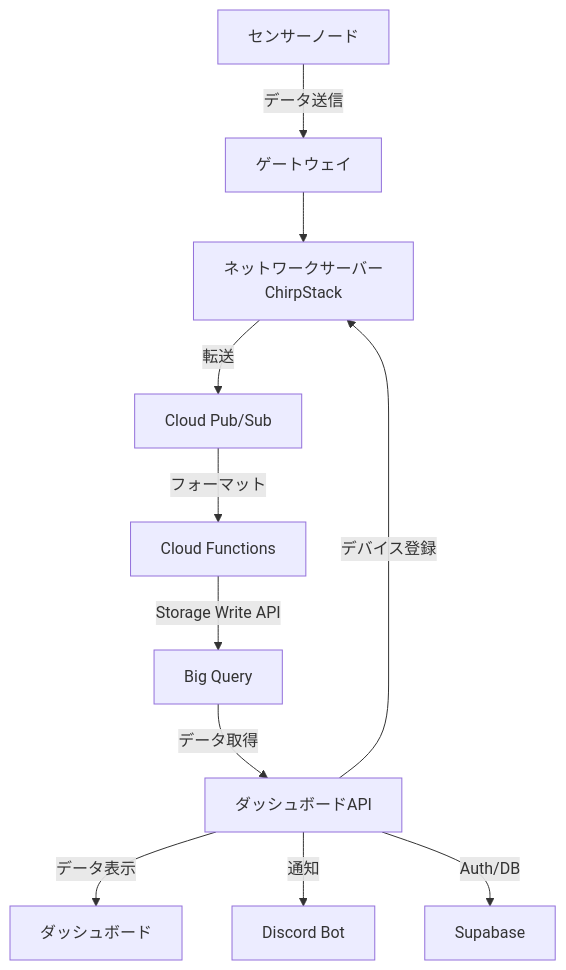
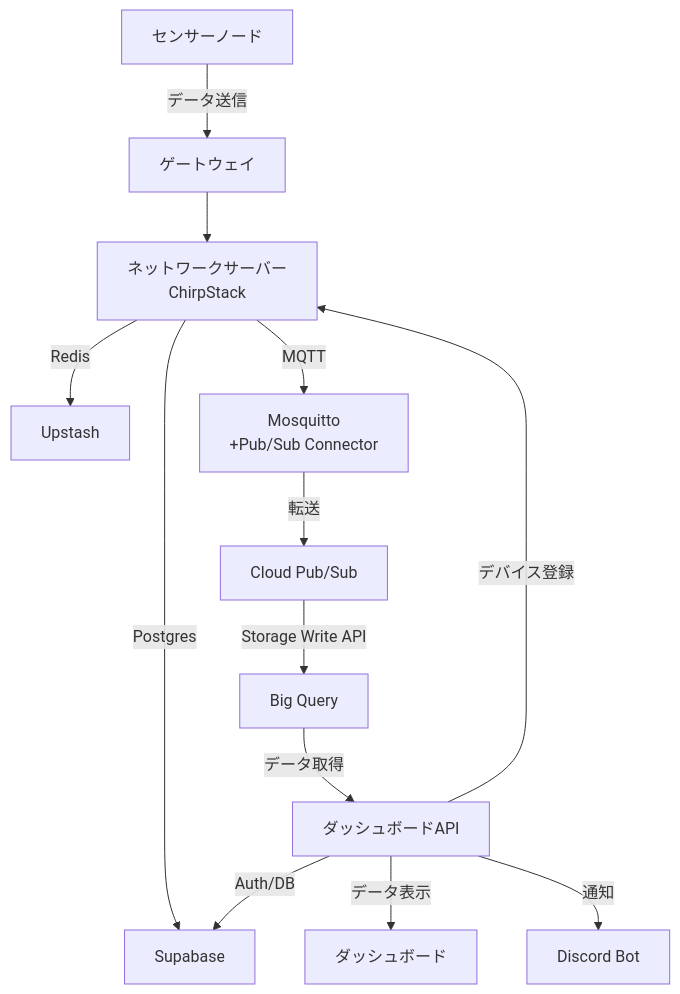
Before and after one commit to 0ta-mjn/private-farm: the first of 2 diagrams in docs/overall.md, drawn with Mermaid. The commit also changed other lines of this file, not shown here.

Commit message:
feat: update network server architecture to include Redis, Postgres, and MQTT components

````diff
--- a/docs/overall.md
+++ b/docs/overall.md
@@ -96,13 +96,15 @@
 ```mermaid
 graph TD
   Nd[センサーノード] -->|データ送信| GW[ゲートウェイ]
   GW --> NW[ネットワークサーバー<br>ChirpStack]
-  NW -->|転送| PS[Cloud Pub/Sub]
-  PS -->|フォーマット| CF[Cloud Functions]
-  CF -->|Storage Write API| BQ[Big Query]
+  NW -->|Redis| Upstash
+  NW -->|Postgres| Supabase
+  NW -->|MQTT| MQTT[Mosquitto<br>+Pub/Sub Connector]
+  MQTT -->|転送| PS[Cloud Pub/Sub]
+  PS -->|Storage Write API| BQ[Big Query]
   BQ -->|データ取得| DA[ダッシュボードAPI]
   DA -->|データ表示| DF[ダッシュボード]
   DA -->|通知| Discord[Discord Bot]
   DA -->|Auth/DB| Supabase
   DA -->|デバイス登録| NW
 ```
````
